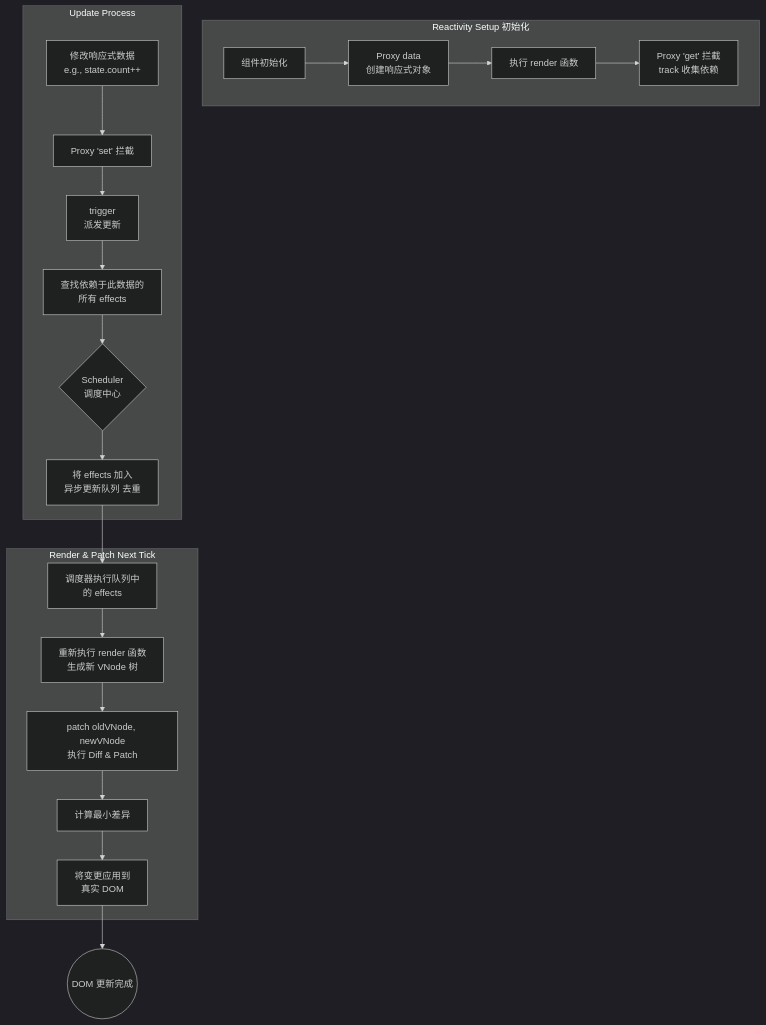
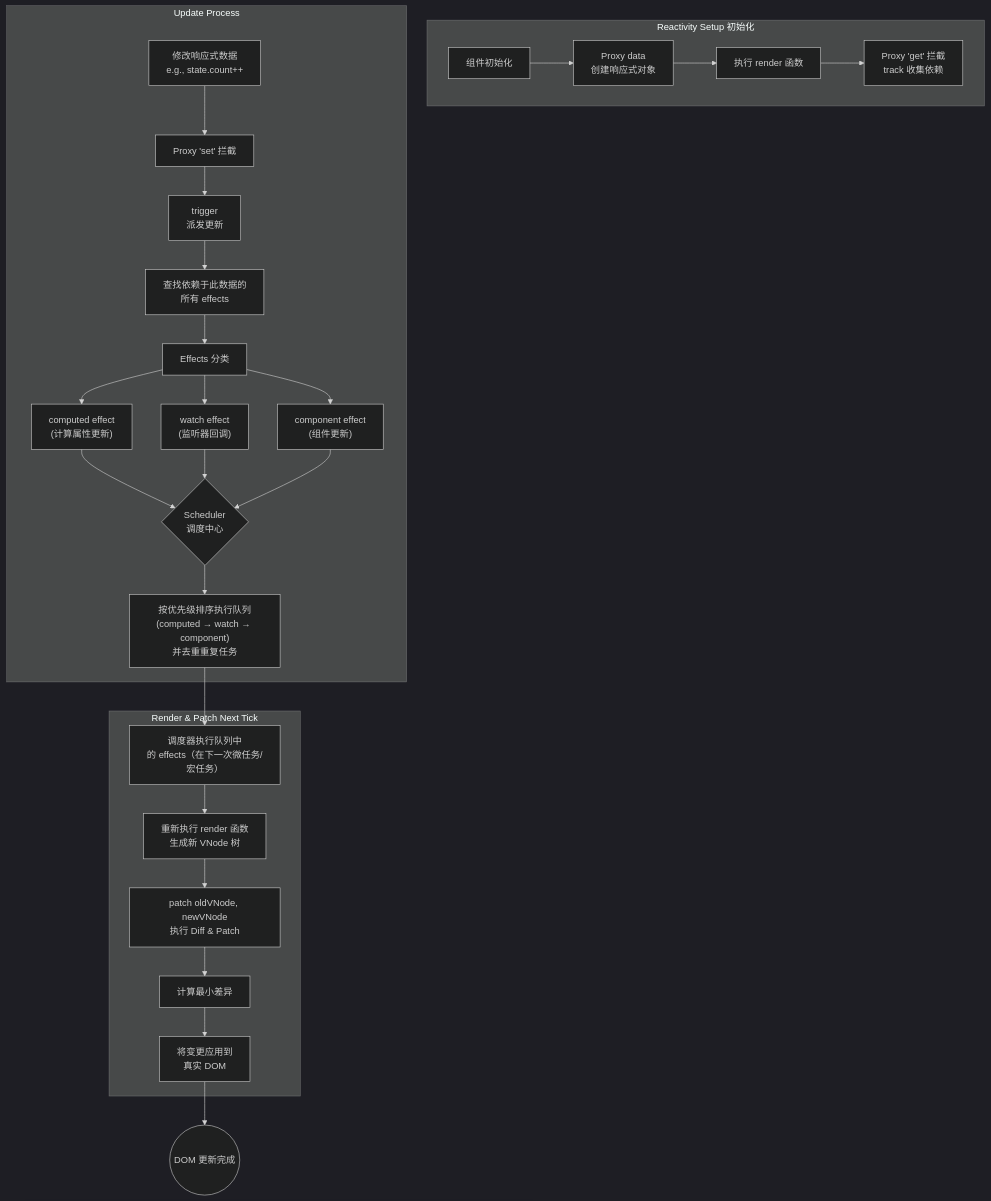
The second of 2 diagrams in docs/blog/FrontEnd/Framework/Vue-React/update.md (ChichengL/ChichengL.github.io), drawn with Mermaid (dark theme) before and after one commit. The commit also changed other lines of this file and 1 other file, not shown here.

Commit message:
docs(Vue-React): 更新Vue-React更新流程图表，优化内容和结构

````diff
--- a/docs/blog/FrontEnd/Framework/Vue-React/update.md
+++ b/docs/blog/FrontEnd/Framework/Vue-React/update.md
@@ -116,26 +112,30 @@
 ```mermaid
 graph TD
     subgraph "Reactivity Setup 初始化"
         A["组件初始化"] --> B["Proxy data<br/>创建响应式对象"]
         B --> C["执行 render 函数"]
         C --> D["Proxy 'get' 拦截<br/>track 收集依赖"]
     end
 
     subgraph "Update Process"
         E["修改响应式数据<br/>e.g., state.count++"] --> F["Proxy 'set' 拦截"]
         F --> G["trigger<br/>派发更新"]
         G --> H["查找依赖于此数据的<br/>所有 effects"]
-        H --> I{Scheduler<br/>调度中心}
-        I --> J["将 effects 加入<br/>异步更新队列 去重"]
+        H --> I["Effects 分类"]
+        I --> I1["computed effect<br/>(计算属性更新)"]
+        I --> I2["watch effect<br/>(监听器回调)"]
+        I --> I3["component effect<br/>(组件更新)"]
+        I1 & I2 & I3 --> J{Scheduler<br/>调度中心}
+        J --> K["按优先级排序执行队列<br/>(computed → watch → component)<br/>并去重重复任务"]
     end
 
     subgraph "Render & Patch Next Tick"
-        J --> K["调度器执行队列中<br/>的 effects"]
-        K --> L["重新执行 render 函数<br/>生成新 VNode 树"]
-        L --> M["patch oldVNode, newVNode<br/>执行 Diff & Patch"]
-        M --> N["计算最小差异"]
-        N --> O["将变更应用到<br/>真实 DOM"]
+        K --> L["调度器执行队列中<br/>的 effects（在下一次微任务/宏任务）"]
+        L --> M["重新执行 render 函数<br/>生成新 VNode 树"]
+        M --> N["patch oldVNode, newVNode<br/>执行 Diff & Patch"]
+        N --> O["计算最小差异"]
+        O --> P["将变更应用到<br/>真实 DOM"]
     end
 
-    O --> P((DOM 更新完成))
+    P --> Q((DOM 更新完成))
 ```
````
